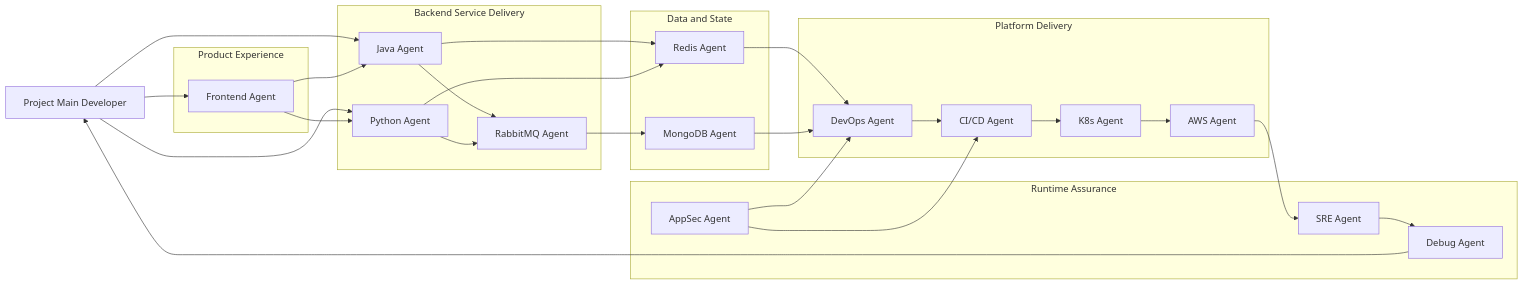
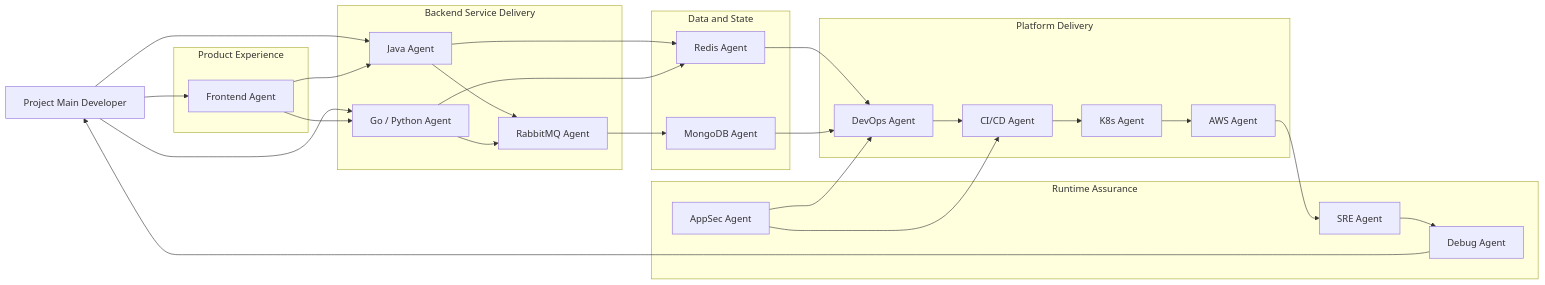
The diagram in README.md (harrysmithliu/modern-user-product-order-system), drawn with Mermaid before and after one commit. The commit also changed other lines of this file and 1 other file, not shown here.

Commit message:
docs: rename python agent to go/python agent

````diff
--- a/README.md
+++ b/README.md
@@ -15,53 +15,53 @@
 ```mermaid
 flowchart LR
     PMD[Project Main Developer]
 
     subgraph PRODUCT[Product Experience]
         FE[Frontend Agent]
     end
 
     subgraph SERVICES[Backend Service Delivery]
         JAVA[Java Agent]
-        PY[Python Agent]
+        PY[Go / Python Agent]
         RMQ[RabbitMQ Agent]
     end
 
     subgraph DATA[Data and State]
         REDIS[Redis Agent]
         MONGO[MongoDB Agent]
     end
 
     subgraph PLATFORM[Platform Delivery]
         DEVOPS[DevOps Agent]
         CICD[CI/CD Agent]
         K8S[K8s Agent]
         AWS[AWS Agent]
     end
 
     subgraph OPERATIONS[Runtime Assurance]
         APPSEC[AppSec Agent]
         SRE[SRE Agent]
         DEBUG[Debug Agent]
     end
 
     PMD --> FE
     PMD --> JAVA
     PMD --> PY
     FE --> JAVA
     FE --> PY
     JAVA --> RMQ
     PY --> RMQ
     JAVA --> REDIS
     PY --> REDIS
     RMQ --> MONGO
     REDIS --> DEVOPS
     MONGO --> DEVOPS
     DEVOPS --> CICD
     CICD --> K8S
     K8S --> AWS
     AWS --> SRE
     SRE --> DEBUG
     DEBUG --> PMD
     APPSEC --> DEVOPS
     APPSEC --> CICD
 ```
````
